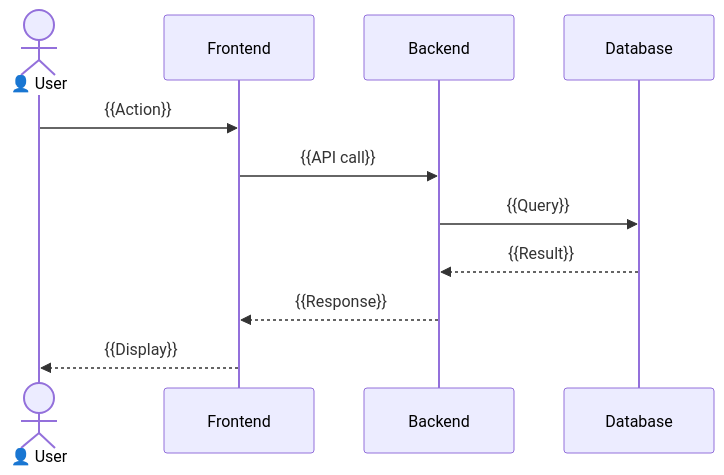
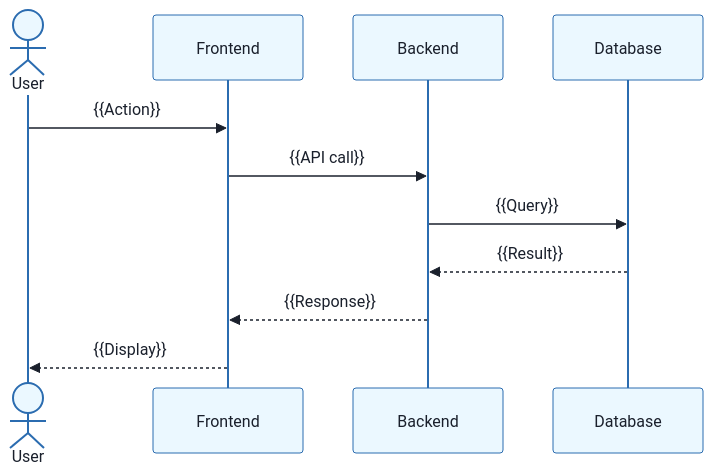
One commit to sonbui31/BA-studies changed the fourth of 4 diagrams in BA-agent/BA-document-rule/templates/srs.md. Above: the diagram before and after it, drawn with Mermaid. The commit also changed other lines of this file and 97 other files, not shown here.

First line of the commit message:
Add diagram linting and rendering tools with tests

````diff
--- a/BA-agent/BA-document-rule/templates/srs.md
+++ b/BA-agent/BA-document-rule/templates/srs.md
@@ -215,14 +221,15 @@
 ```mermaid
+%%{init: {"theme": "base", "fontFamily": "Arial, Helvetica, sans-serif", "themeVariables": {"fontSize": "15px", "primaryColor": "#FFFFFF", "primaryBorderColor": "#4A5568", "primaryTextColor": "#1A202C", "lineColor": "#4A5568", "secondaryColor": "#F7FAFC", "tertiaryColor": "#F7FAFC", "clusterBkg": "#F7FAFC", "clusterBorder": "#A0AEC0", "edgeLabelBackground": "#FFFFFF", "actorBkg": "#EBF8FF", "actorBorder": "#2B6CB0", "noteBkgColor": "#FFF8E1", "noteBorderColor": "#B7791F"}}}%%
 sequenceDiagram
-    actor User as 👤 User
+    actor User as User
     participant FE as Frontend
     participant BE as Backend
     participant DB as Database
 
     User->>FE: {{Action}}
     FE->>BE: {{API call}}
     BE->>DB: {{Query}}
     DB-->>BE: {{Result}}
     BE-->>FE: {{Response}}
     FE-->>User: {{Display}}
 ```
````
